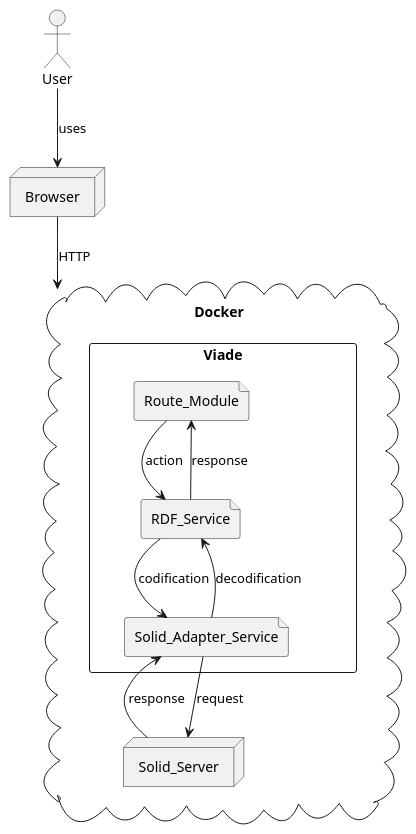
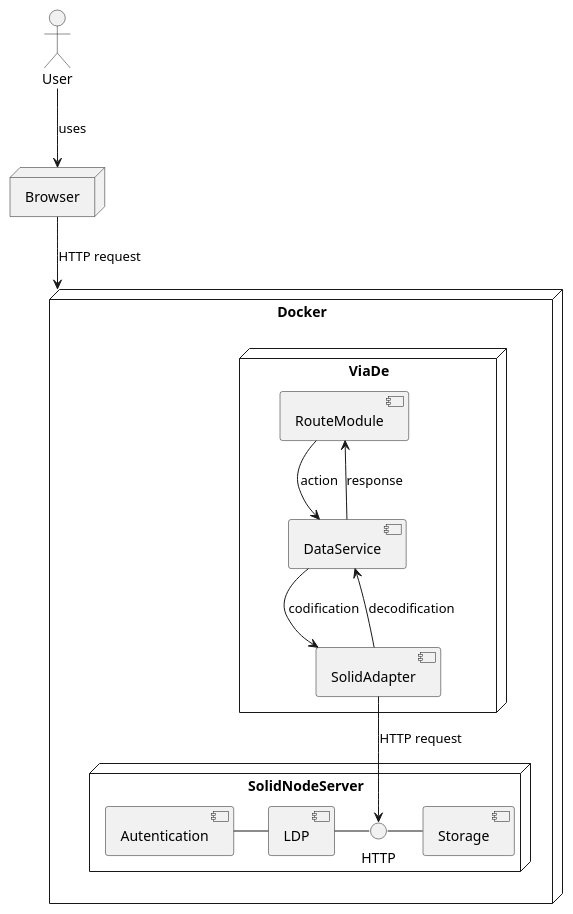
The diagram in src/docs/07_deployment_view.adoc (luishurle94/viade_es5a), drawn with PlantUML before and after one commit. The commit also changed other lines of this file and 3 other files, not shown here.

```diff
--- a/src/docs/07_deployment_view.adoc
+++ b/src/docs/07_deployment_view.adoc
@@ -14,30 +6,33 @@
 [plantuml,"Deployment diagram",png]
 ----
 actor User
 
 node Browser
 
-cloud Docker{
-   rectangle Viade{
-	file Route_Module
-	file RDF_Service
-	file Solid_Adapter_Service
+node Docker{
+   node ViaDe {
+	   [RouteModule]
+	   [DataService]
+	   [SolidAdapter]
    }
 
-   
-   node Solid_Server
+   node SolidNodeServer {
+      interface HTTP
+      [Autentication] - [LDP]
+      [LDP] - HTTP
+      HTTP - [Storage]
+   }
 }
 
 
 User --> Browser : uses
-Browser --> Docker : HTTP
+Browser --> Docker : HTTP request
 
-Solid_Adapter_Service --> Solid_Server : request
-Solid_Server --> Solid_Adapter_Service : response
+RouteModule --> DataService: action
+DataService--> RouteModule : response
 
-Route_Module --> RDF_Service : action
-RDF_Service --> Route_Module : response
+DataService--> SolidAdapter: codification
+SolidAdapter --> DataService: decodification
 
-RDF_Service --> Solid_Adapter_Service : codification
-Solid_Adapter_Service --> RDF_Service : decodification
+SolidAdapter --> HTTP: HTTP request
 ----
```
